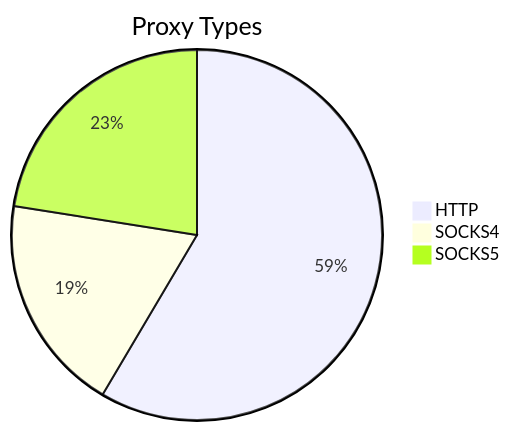
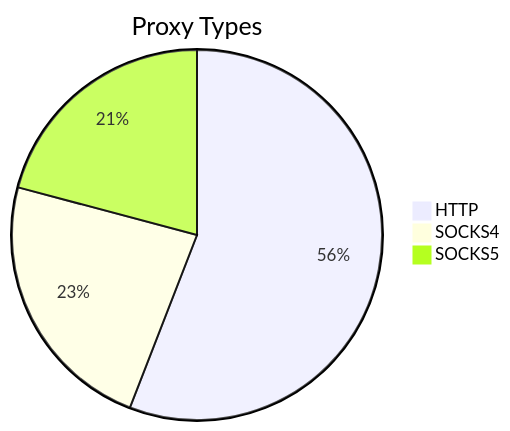
The first of 2 diagrams in README.md (stormsia/proxy-list), drawn with Mermaid before and after one commit. The commit also changed other lines of this file, not shown here.

````diff
--- a/README.md
+++ b/README.md
@@ -21,6 +21,6 @@
 ```mermaid
 pie title Proxy Types
-    "HTTP" : 234
-    "SOCKS4" : 76
-    "SOCKS5" : 90
+    "HTTP" : 327
+    "SOCKS4" : 136
+    "SOCKS5" : 122
 ```
````
